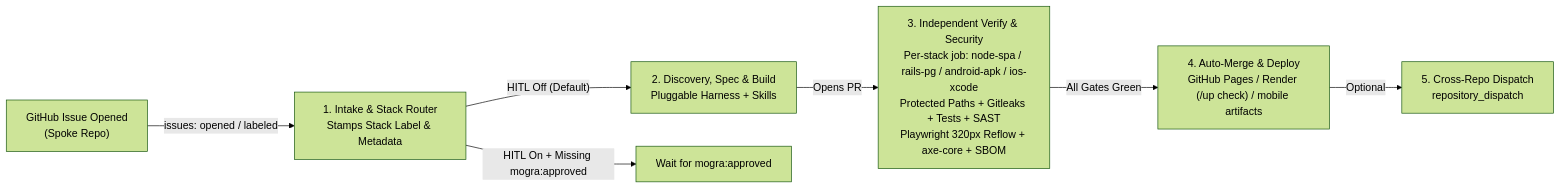
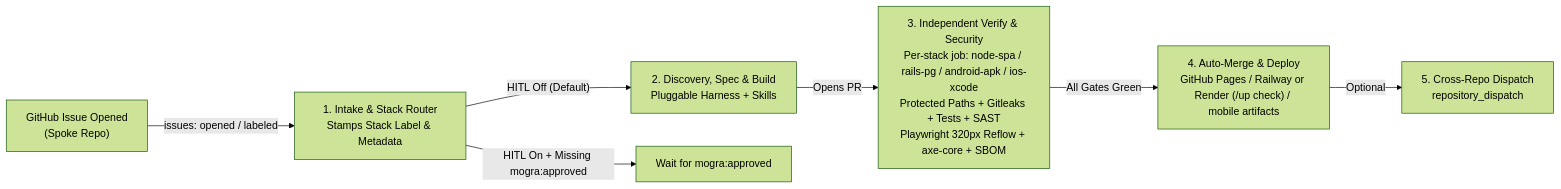
One commit to rajeevkannav/ProductionLine changed the diagram in README.md. Above: the diagram before and after it, drawn with Mermaid (forest theme). The commit also changed other lines of this file and 15 other files, not shown here.

First line of the commit message:
feat: add Railway + Neon deploy target (free, no credit card)

````diff
--- a/README.md
+++ b/README.md
@@ -33,9 +33,9 @@
 ```mermaid
 flowchart LR
     I["GitHub Issue Opened\n(Spoke Repo)"] -->|"issues: opened / labeled"| IN["1. Intake & Stack Router\nStamps Stack Label & Metadata"]
     IN -->|"HITL Off (Default)"| DS["2. Discovery, Spec & Build\nPluggable Harness + Skills"]
     IN -->|"HITL On + Missing mogra:approved"| WAIT["Wait for mogra:approved"]
     DS -->|"Opens PR"| V["3. Independent Verify & Security\nPer-stack job: node-spa / rails-pg / android-apk / ios-xcode\nProtected Paths + Gitleaks + Tests + SAST\nPlaywright 320px Reflow + axe-core + SBOM"]
-    V -->|"All Gates Green"| M["4. Auto-Merge & Deploy\nGitHub Pages / Render (/up check) / mobile artifacts"]
+    V -->|"All Gates Green"| M["4. Auto-Merge & Deploy\nGitHub Pages / Railway or Render (/up check) / mobile artifacts"]
     M -->|"Optional"| DR["5. Cross-Repo Dispatch\nrepository_dispatch"]
 ```
````
